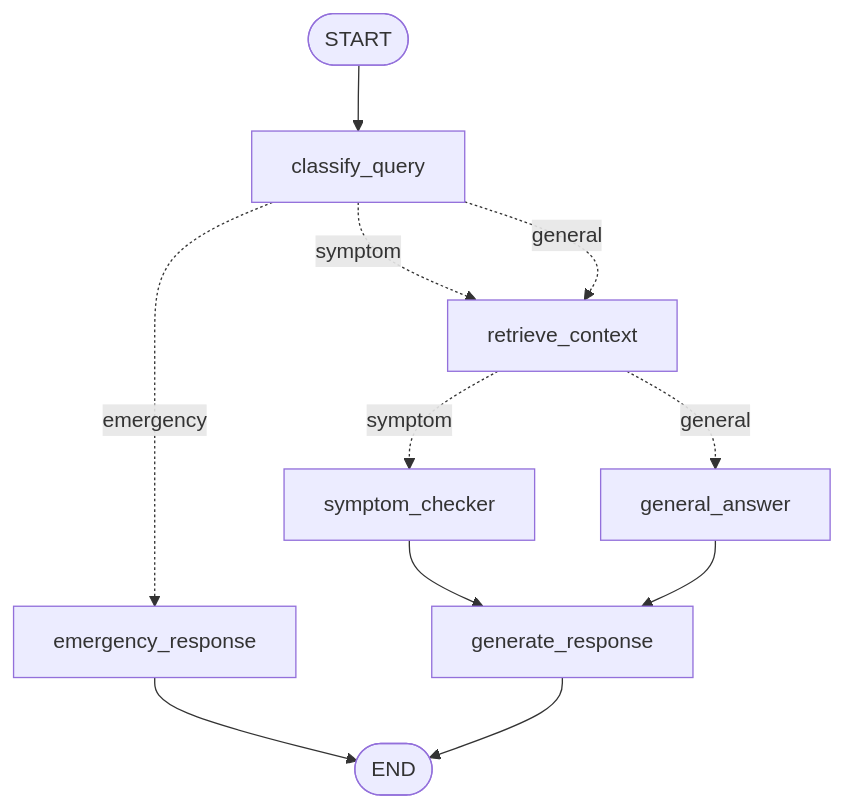
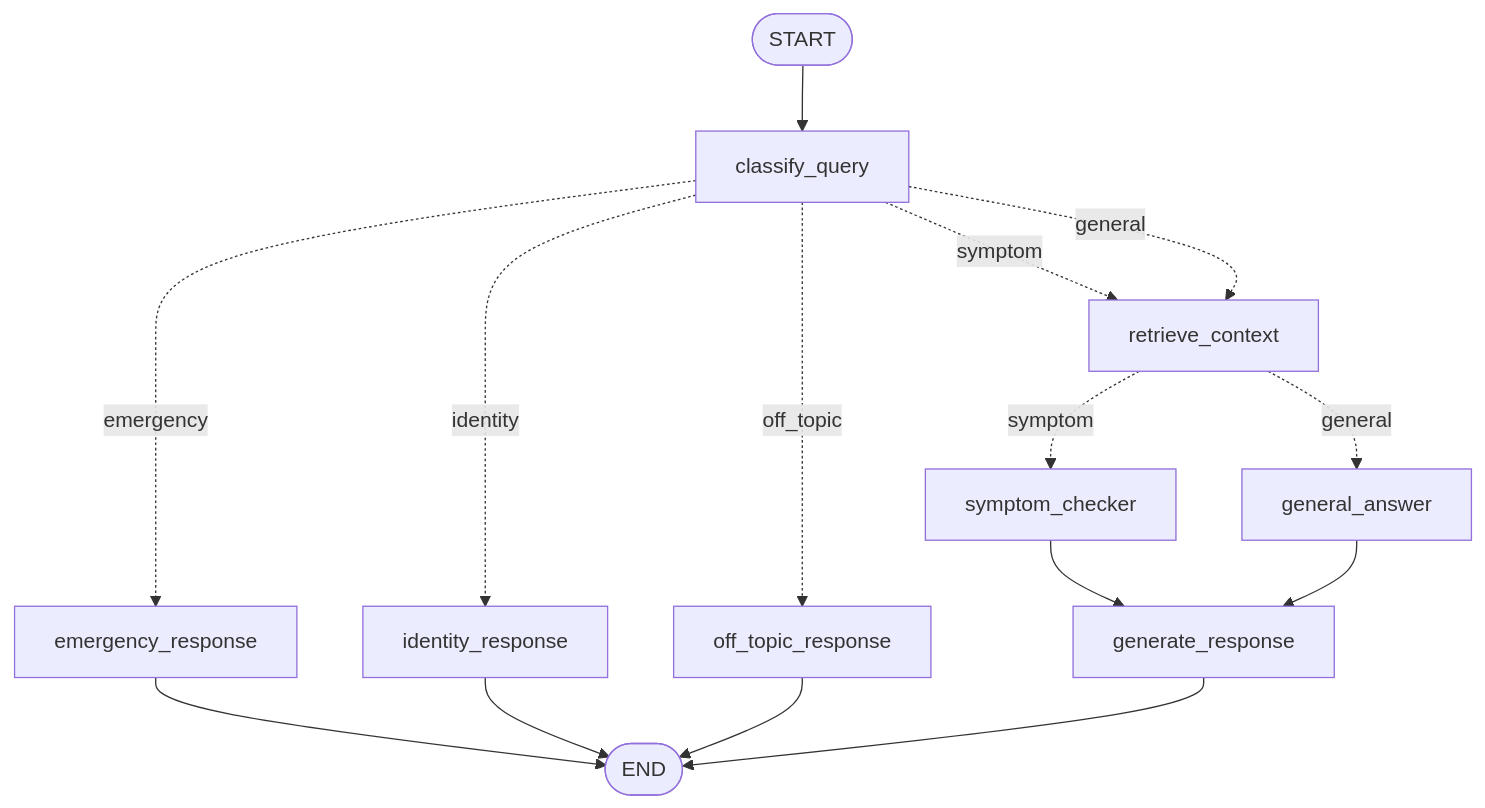
One commit to adarshkd80-ops/MedAssist changed the diagram in README.md. Above: the diagram before and after it, drawn with Mermaid. The commit also changed other lines of this file and 10 other files, not shown here.

````diff
--- a/README.md
+++ b/README.md
@@ -21,13 +24,17 @@
 ```mermaid
 graph TD;
     START([START]) --> classify_query
     classify_query -. emergency .-> emergency_response
+    classify_query -. identity .-> identity_response
+    classify_query -. off_topic .-> off_topic_response
     classify_query -. symptom .-> retrieve_context
     classify_query -. general .-> retrieve_context
     retrieve_context -. symptom .-> symptom_checker
     retrieve_context -. general .-> general_answer
     symptom_checker --> generate_response
     general_answer --> generate_response
     emergency_response --> END_([END])
+    identity_response --> END_
+    off_topic_response --> END_
     generate_response --> END_
 ```
````
